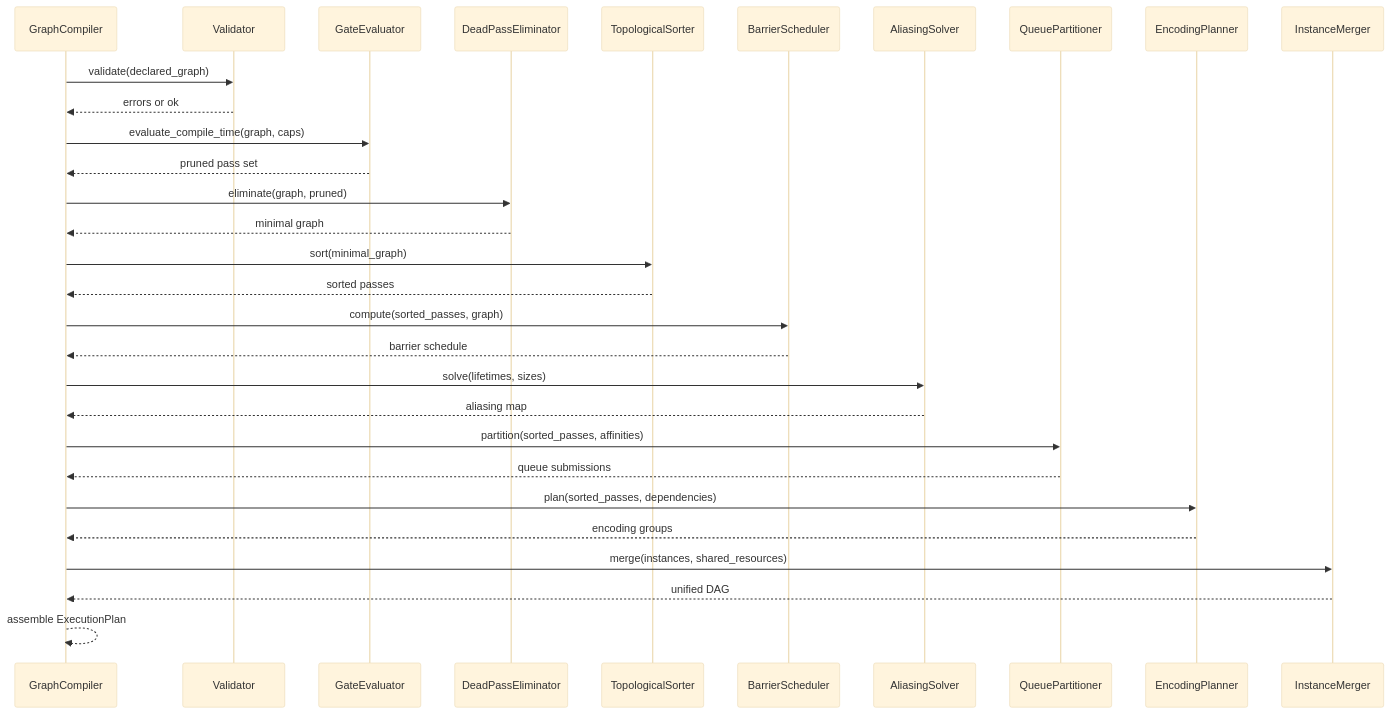
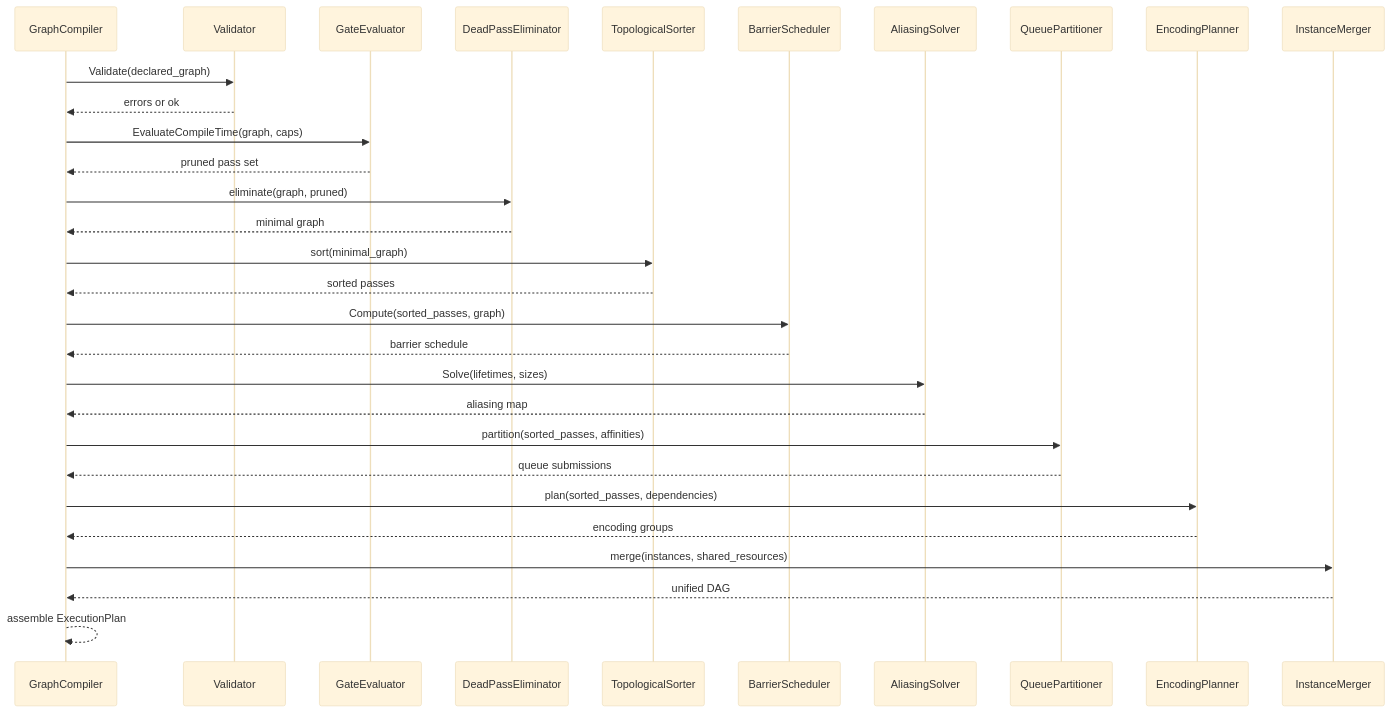
Before and after one commit to harmonius-dev/harmonius: diagram 12 of 15 in docs/design/render-graph-classes.md, drawn with Mermaid (base theme). The commit also changed other lines of this file and 67 other files, not shown here.

````diff
--- a/docs/design/render-graph-classes.md
+++ b/docs/design/render-graph-classes.md
@@ -968,33 +968,33 @@
 ```mermaid
 sequenceDiagram
     participant GC as GraphCompiler
     participant Val as Validator
     participant GE as GateEvaluator
     participant DPE as DeadPassEliminator
     participant TS as TopologicalSorter
     participant BS as BarrierScheduler
     participant AS as AliasingSolver
     participant QP as QueuePartitioner
     participant EP as EncodingPlanner
     participant IM as InstanceMerger
 
-    GC->>Val: validate(declared_graph)
+    GC->>Val: Validate(declared_graph)
     Val-->>GC: errors or ok
-    GC->>GE: evaluate_compile_time(graph, caps)
+    GC->>GE: EvaluateCompileTime(graph, caps)
     GE-->>GC: pruned pass set
     GC->>DPE: eliminate(graph, pruned)
     DPE-->>GC: minimal graph
     GC->>TS: sort(minimal_graph)
     TS-->>GC: sorted passes
-    GC->>BS: compute(sorted_passes, graph)
+    GC->>BS: Compute(sorted_passes, graph)
     BS-->>GC: barrier schedule
-    GC->>AS: solve(lifetimes, sizes)
+    GC->>AS: Solve(lifetimes, sizes)
     AS-->>GC: aliasing map
     GC->>QP: partition(sorted_passes, affinities)
     QP-->>GC: queue submissions
     GC->>EP: plan(sorted_passes, dependencies)
     EP-->>GC: encoding groups
     GC->>IM: merge(instances, shared_resources)
     IM-->>GC: unified DAG
     GC-->>GC: assemble ExecutionPlan
 ```
````
